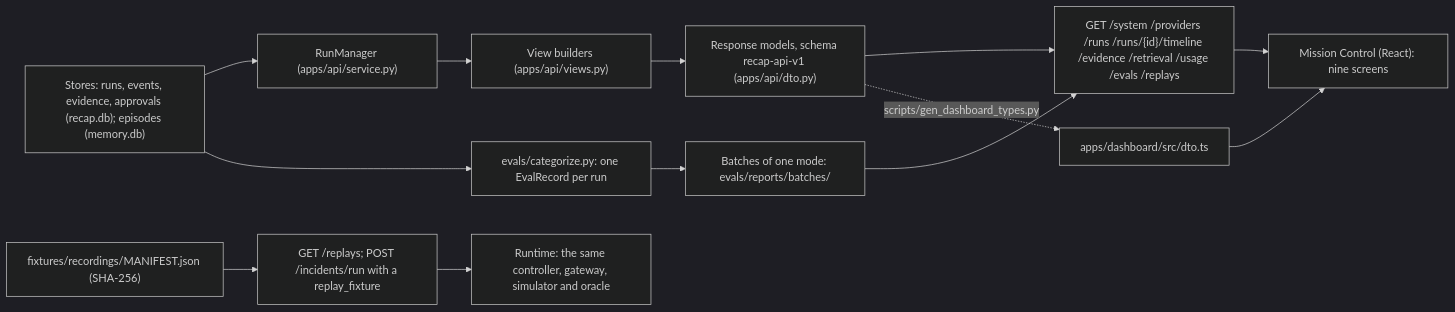
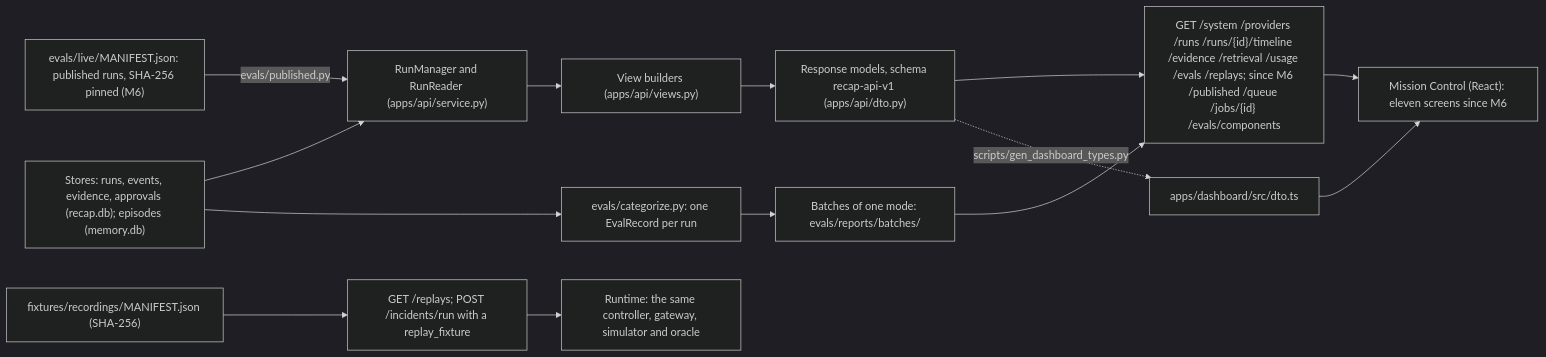
Before and after one commit to codeit-ronit/recap: the sixth of 8 diagrams in docs/architecture.md, drawn with Mermaid (dark theme). The commit also changed other lines of this file and 45 other files, not shown here.

````diff
--- a/docs/architecture.md
+++ b/docs/architecture.md
@@ -1216,15 +1253,16 @@
 ```mermaid
 flowchart LR
-    ST["Stores: runs, events, evidence, approvals (recap.db); episodes (memory.db)"] --> RM["RunManager (apps/api/service.py)"]
+    ST["Stores: runs, events, evidence, approvals (recap.db); episodes (memory.db)"] --> RM["RunManager and RunReader (apps/api/service.py)"]
+    PUB["evals/live/MANIFEST.json: published runs, SHA-256 pinned (M6)"] -->|"evals/published.py"| RM
     RM --> VB["View builders (apps/api/views.py)"]
     VB --> DTO["Response models, schema recap-api-v1 (apps/api/dto.py)"]
-    DTO --> API["GET /system /providers /runs /runs/{id}/timeline /evidence /retrieval /usage /evals /replays"]
+    DTO --> API["GET /system /providers /runs /runs/{id}/timeline /evidence /retrieval /usage /evals /replays; since M6 /published /queue /jobs/{id} /evals/components"]
     DTO -.->|"scripts/gen_dashboard_types.py"| TS["apps/dashboard/src/dto.ts"]
-    API --> MC["Mission Control (React): nine screens"]
+    API --> MC["Mission Control (React): eleven screens since M6"]
     TS --> MC
     MAN["fixtures/recordings/MANIFEST.json (SHA-256)"] --> RP["GET /replays; POST /incidents/run with a replay_fixture"]
     RP --> RT["Runtime: the same controller, gateway, simulator and oracle"]
     ST --> EV["evals/categorize.py: one EvalRecord per run"]
     EV --> BT["Batches of one mode: evals/reports/batches/"]
     BT --> API
 ```
````
